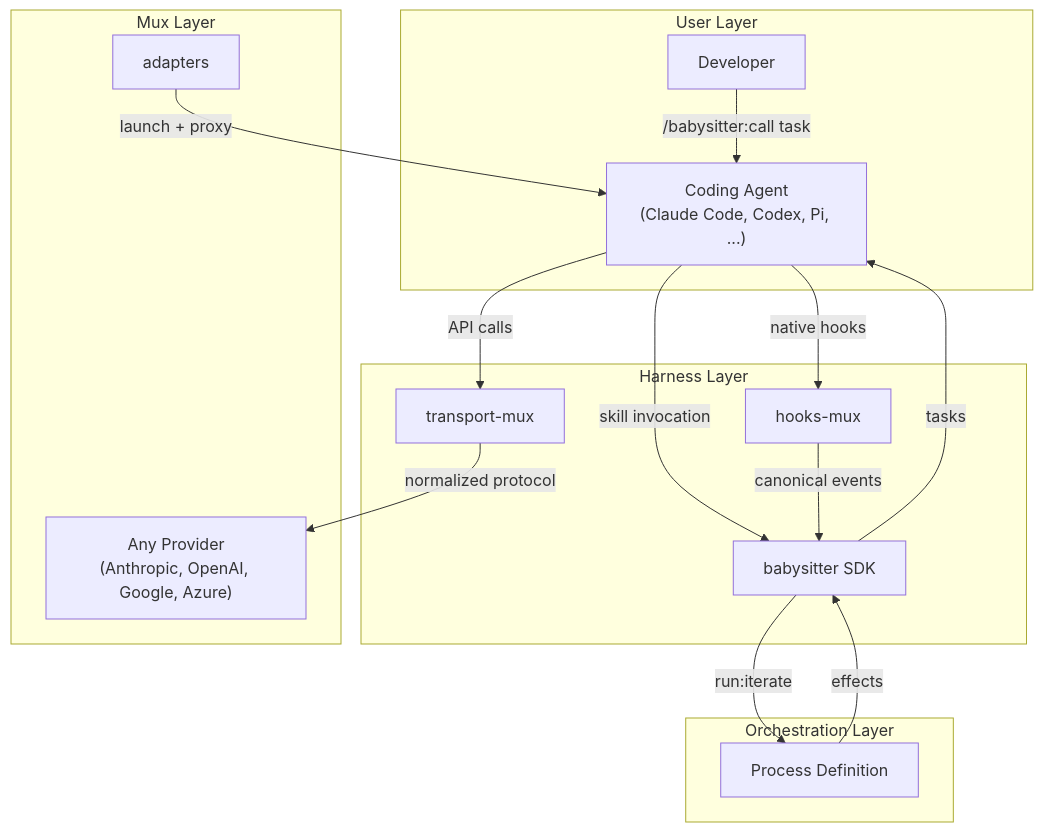
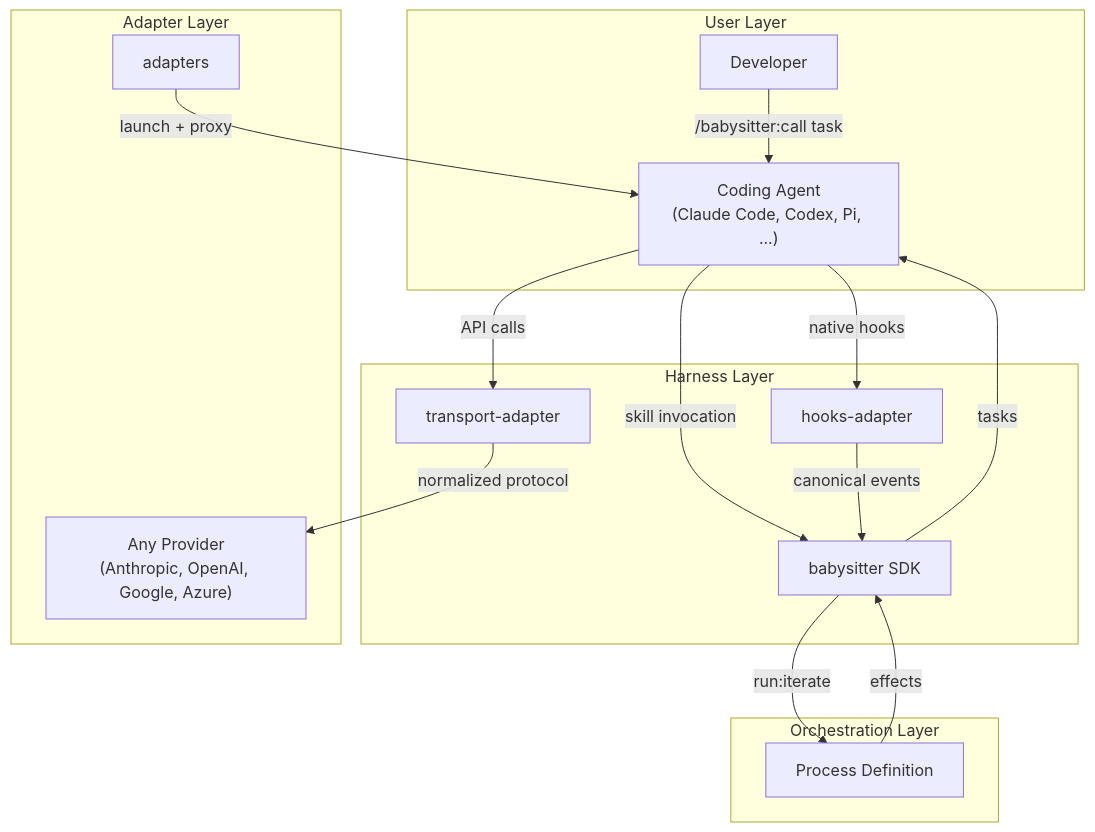
One commit to danielkman/babysitter changed the first of 16 diagrams in docs/development/03-babysitter-plugin-flows.md. Above: the diagram before and after it, drawn with Mermaid. The commit also changed other lines of this file and 682 other files, not shown here.

First line of the commit message:
refactor: eliminate -mux terminology from source — use -adapter

````diff
--- a/docs/development/03-babysitter-plugin-flows.md
+++ b/docs/development/03-babysitter-plugin-flows.md
@@ -21,26 +21,26 @@
 ```mermaid
 graph TB
     subgraph "User Layer"
         USER["Developer"]
         USER -->|"/babysitter:call task"| HARNESS
     end
 
     subgraph "Harness Layer"
         HARNESS["Coding Agent<br/>(Claude Code, Codex, Pi, ...)"]
-        HARNESS -->|"native hooks"| HM["hooks-mux"]
-        HARNESS -->|"API calls"| TM["transport-mux"]
+        HARNESS -->|"native hooks"| HM["hooks-adapter"]
+        HARNESS -->|"API calls"| TM["transport-adapter"]
         HARNESS -->|"skill invocation"| SDK["babysitter SDK"]
     end
 
-    subgraph "Mux Layer"
+    subgraph "Adapter Layer"
         HM -->|"canonical events"| SDK
         TM -->|"normalized protocol"| UPSTREAM["Any Provider<br/>(Anthropic, OpenAI, Google, Azure)"]
         AM["adapters"] -->|"launch + proxy"| HARNESS
     end
 
     subgraph "Orchestration Layer"
         SDK -->|"run:iterate"| PROCESS["Process Definition"]
         PROCESS -->|"effects"| SDK
         SDK -->|"tasks"| HARNESS
     end
 ```
````
